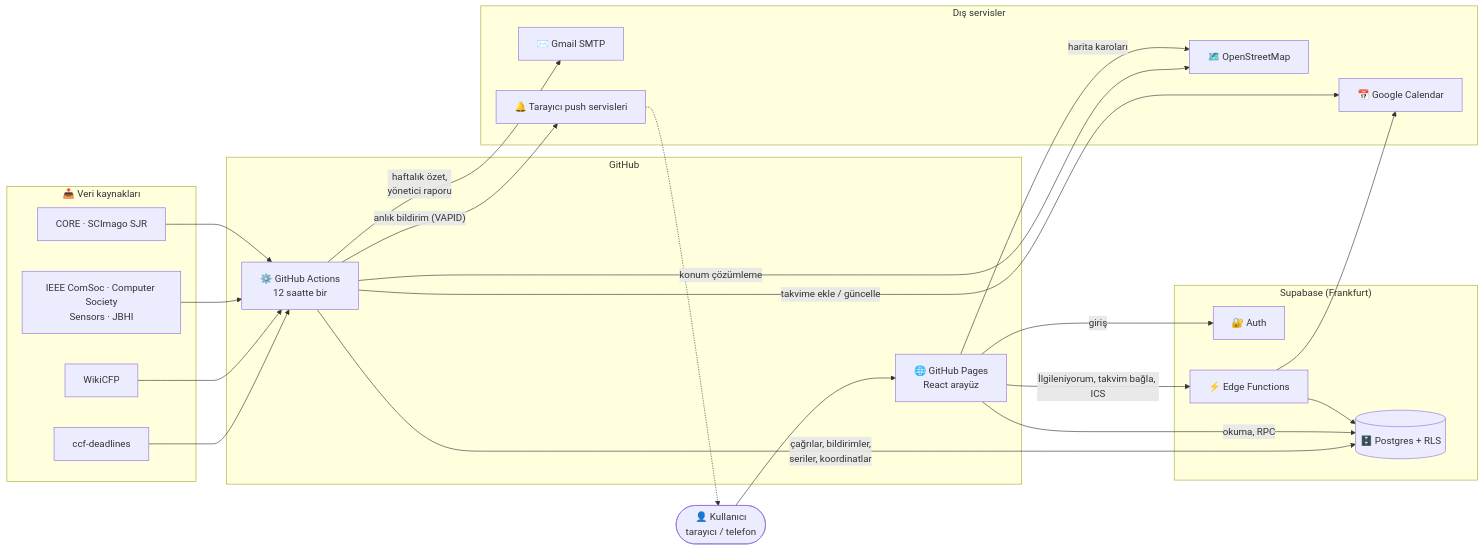
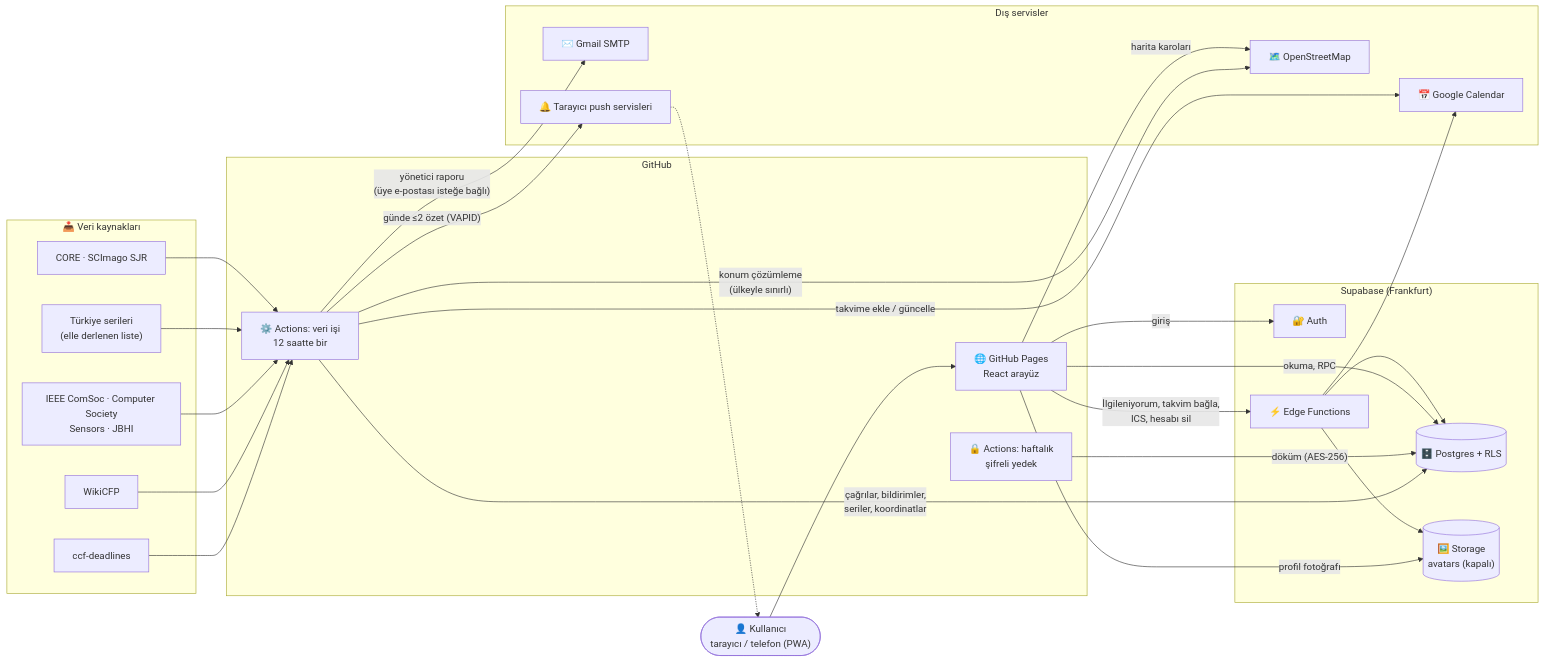
Before and after one commit to SafakSahinn/cfp-calendar: the first of 4 diagrams in docs/MIMARI.md, drawn with Mermaid. The commit also changed other lines of this file, not shown here.

Commit message:
docs: architecture update (storage and photo approval, push, Turkish series, quality rules, backup, data model, security principles, job pipeline)

````diff
--- a/docs/MIMARI.md
+++ b/docs/MIMARI.md
@@ -7,44 +7,50 @@
 ```mermaid
 flowchart LR
-  U(["👤 Kullanıcı<br/>tarayıcı / telefon"])
+  U(["👤 Kullanıcı<br/>tarayıcı / telefon (PWA)"])
 
   subgraph SRC["📥 Veri kaynakları"]
     S1["ccf-deadlines"]
     S2["WikiCFP"]
     S3["IEEE ComSoc · Computer Society<br/>Sensors · JBHI"]
+    S5["Türkiye serileri<br/>(elle derlenen liste)"]
     S4["CORE · SCImago SJR"]
   end
 
   subgraph GH["GitHub"]
     P["🌐 GitHub Pages<br/>React arayüz"]
-    A["⚙️ GitHub Actions<br/>12 saatte bir"]
+    A["⚙️ Actions: veri işi<br/>12 saatte bir"]
+    BK["🔒 Actions: haftalık<br/>şifreli yedek"]
   end
 
   subgraph SB["Supabase (Frankfurt)"]
     AUTH["🔐 Auth"]
     DB[("🗄️ Postgres + RLS")]
+    ST[("🖼️ Storage<br/>avatars (kapalı)")]
     F["⚡ Edge Functions"]
   end
 
   subgraph EXT["Dış servisler"]
     G["📅 Google Calendar"]
     OSM["🗺️ OpenStreetMap"]
     M["✉️ Gmail SMTP"]
     WP["🔔 Tarayıcı push servisleri"]
   end
 
-  S1 & S2 & S3 & S4 --> A
+  S1 & S2 & S3 & S5 & S4 --> A
   A -- "çağrılar, bildirimler,<br/>seriler, koordinatlar" --> DB
-  A -- "konum çözümleme" --> OSM
+  A -- "konum çözümleme<br/>(ülkeyle sınırlı)" --> OSM
   A -- "takvime ekle / güncelle" --> G
-  A -- "haftalık özet,<br/>yönetici raporu" --> M
-  A -- "anlık bildirim (VAPID)" --> WP
+  A -- "yönetici raporu<br/>(üye e-postası isteğe bağlı)" --> M
+  A -- "günde ≤2 özet (VAPID)" --> WP
   WP -.-> U
+  BK -- "döküm (AES-256)" --> DB
   U --> P
   P -- "giriş" --> AUTH
   P -- "okuma, RPC" --> DB
-  P -- "İlgileniyorum, takvim bağla, ICS" --> F
+  P -- "profil fotoğrafı" --> ST
+  P -- "İlgileniyorum, takvim bağla,<br/>ICS, hesabı sil" --> F
   P -- "harita karoları" --> OSM
   F --> G
   F --> DB
+  F --> ST
 ```
````
